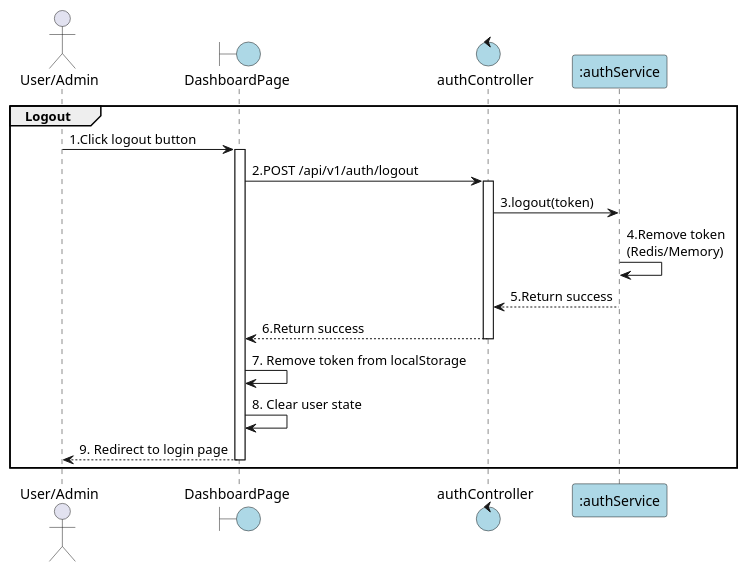
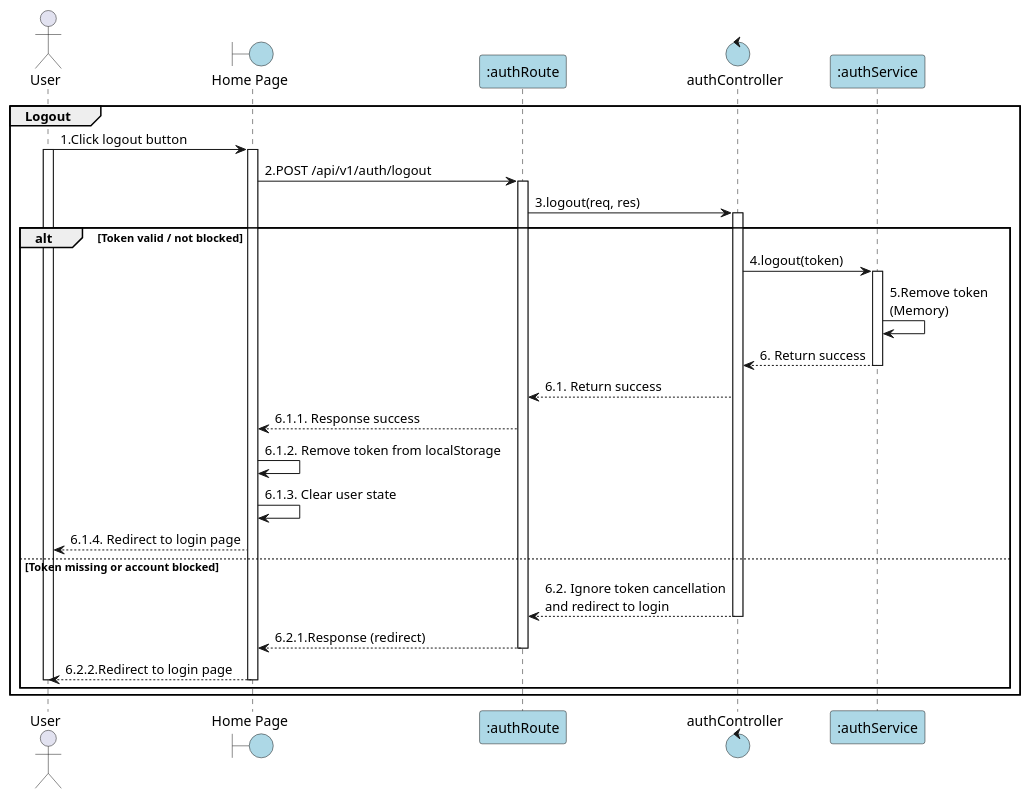
Before and after one commit to Aohkne/CaloCook: the diagram in PlanUML/5.logout.puml, drawn with PlantUML. The commit also changed 23 other files, not shown here.

```diff
--- a/PlanUML/5.logout.puml
+++ b/PlanUML/5.logout.puml
@@ -1,30 +1,48 @@
 @startuml Logout
 
-actor User as "User/Admin"
-boundary "DashboardPage" as View #lightblue
+actor User as "User"
+boundary "Home Page" as View #lightblue
+participant ":authRoute" as Routes_FE #lightblue
 control "authController" as Controller #lightblue
 participant ":authService" as Service #lightblue
 
 group Logout
 User -> View: 1.Click logout button
+activate User
 activate View
 
-View -> Controller: 2.POST /api/v1/auth/logout
+View -> Routes_FE: 2.POST /api/v1/auth/logout
+activate Routes_FE
+
+Routes_FE -> Controller: 3.logout(req, res)
 activate Controller
 
-Controller -> Service: 3.logout(token)
+alt Token valid / not blocked
+    Controller -> Service: 4.logout(token)
+    activate Service
 
-Service -> Service: 4.Remove token\n(Redis/Memory)
-Service --> Controller: 5.Return success
-deactivate Service
-    
-Controller --> View: 6.Return success
-deactivate Controller
+    Service -> Service: 5.Remove token\n(Memory)
+    Service --> Controller: 6. Return success
+    deactivate Service
 
-View -> View: 7. Remove token from localStorage
-View -> View: 8. Clear user state
-View --> User: 9. Redirect to login page
+    Controller --> Routes_FE: 6.1. Return success
 
-deactivate View
+    Routes_FE --> View: 6.1.1. Response success
+
+    View -> View: 6.1.2. Remove token from localStorage
+    View -> View: 6.1.3. Clear user state
+    View --> User: 6.1.4. Redirect to login page
+
+else Token missing or account blocked
+    Controller --> Routes_FE: 6.2. Ignore token cancellation\nand redirect to login
+    deactivate Controller
+
+
+    Routes_FE --> View: 6.2.1.Response (redirect)
+    deactivate Routes_FE
+    View --> User: 6.2.2.Redirect to login page
+    deactivate View
+    deactivate User
+end
 end
 @enduml
```
